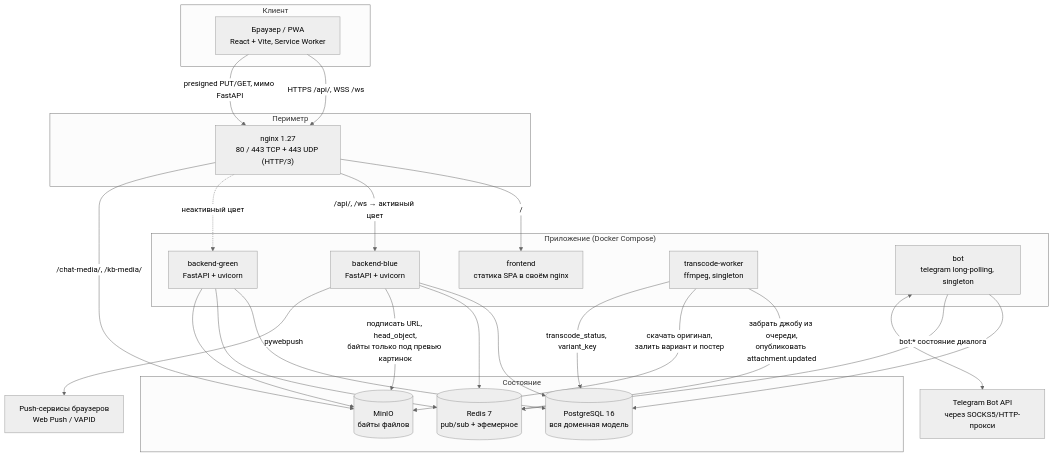
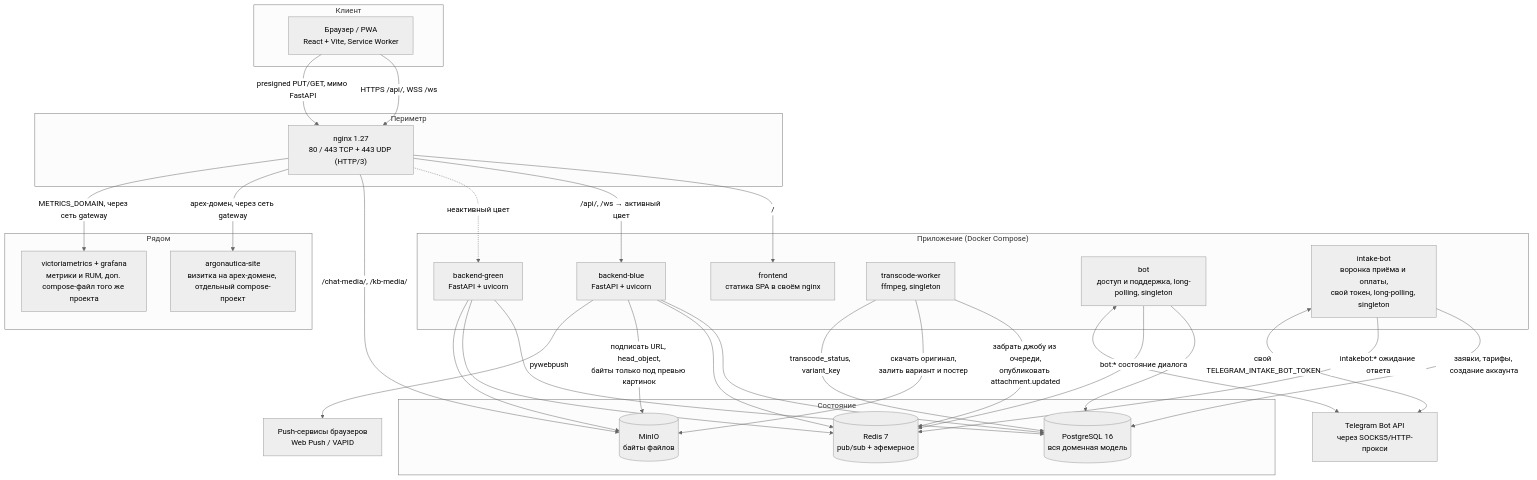
The first of 20 diagrams in docs/ARCHITECTURE.md (code-tamer3000/argonautica-platfrorm), drawn with Mermaid (neutral theme) before and after one commit. The commit also changed other lines of this file, not shown here.

First line of the commit message:
docs: синхронизировать ARCHITECTURE.md с реальностью бэкенда

````diff
--- a/docs/ARCHITECTURE.md
+++ b/docs/ARCHITECTURE.md
@@ -26,51 +30,63 @@
 ```mermaid
 flowchart TB
     subgraph client["Клиент"]
         PWA["Браузер / PWA<br/>React + Vite, Service Worker"]
     end
 
     subgraph edge["Периметр"]
         NG["nginx 1.27<br/>80 / 443 TCP + 443 UDP (HTTP/3)"]
     end
 
     subgraph app["Приложение (Docker Compose)"]
         FE["frontend<br/>статика SPA в своём nginx"]
         BB["backend-blue<br/>FastAPI + uvicorn"]
         BG["backend-green<br/>FastAPI + uvicorn"]
         TW["transcode-worker<br/>ffmpeg, singleton"]
-        BOT["bot<br/>telegram long-polling, singleton"]
+        BOT["bot<br/>доступ и поддержка, long-polling, singleton"]
+        IBOT["intake-bot<br/>воронка приёма и оплаты,<br/>свой токен, long-polling, singleton"]
+    end
+
+    subgraph side["Рядом"]
+        SITE["argonautica-site<br/>визитка на apex-домене, отдельный compose-проект"]
+        OBS["victoriametrics + grafana<br/>метрики и RUM, доп. compose-файл того же проекта"]
     end
 
     subgraph stor["Состояние"]
         PG[("PostgreSQL 16<br/>вся доменная модель")]
         RD[("Redis 7<br/>pub/sub + эфемерное")]
         MO[("MinIO<br/>байты файлов")]
     end
 
     TG["Telegram Bot API<br/>через SOCKS5/HTTP-прокси"]
     WP["Push-сервисы браузеров<br/>Web Push / VAPID"]
 
     PWA -->|"HTTPS /api/, WSS /ws"| NG
     PWA -->|"presigned PUT/GET, мимо FastAPI"| NG
     NG -->|"/"| FE
     NG -->|"/api/, /ws → активный цвет"| BB
     NG -.->|"неактивный цвет"| BG
     NG -->|"/chat-media/, /kb-media/"| MO
+    NG -->|"apex-домен, через сеть gateway"| SITE
+    NG -->|"METRICS_DOMAIN, через сеть gateway"| OBS
 
     BB --> PG
     BB --> RD
     BB -->|"подписать URL, head_object,<br/>байты только под превью картинок"| MO
     BB -->|"pywebpush"| WP
 
     BG --> PG
     BG --> RD
     BG --> MO
 
     TW -->|"забрать джобу из очереди,<br/>опубликовать attachment.updated"| RD
     TW -->|"скачать оригинал,<br/>залить вариант и постер"| MO
     TW -->|"transcode_status, variant_key"| PG
 
     BOT --> PG
     BOT -->|"bot:* состояние диалога"| RD
     BOT <--> TG
+
+    IBOT -->|"заявки, тарифы, создание аккаунта"| PG
+    IBOT -->|"intakebot:* ожидание ответа"| RD
+    IBOT <-->|"свой TELEGRAM_INTAKE_BOT_TOKEN"| TG
 ```
````
